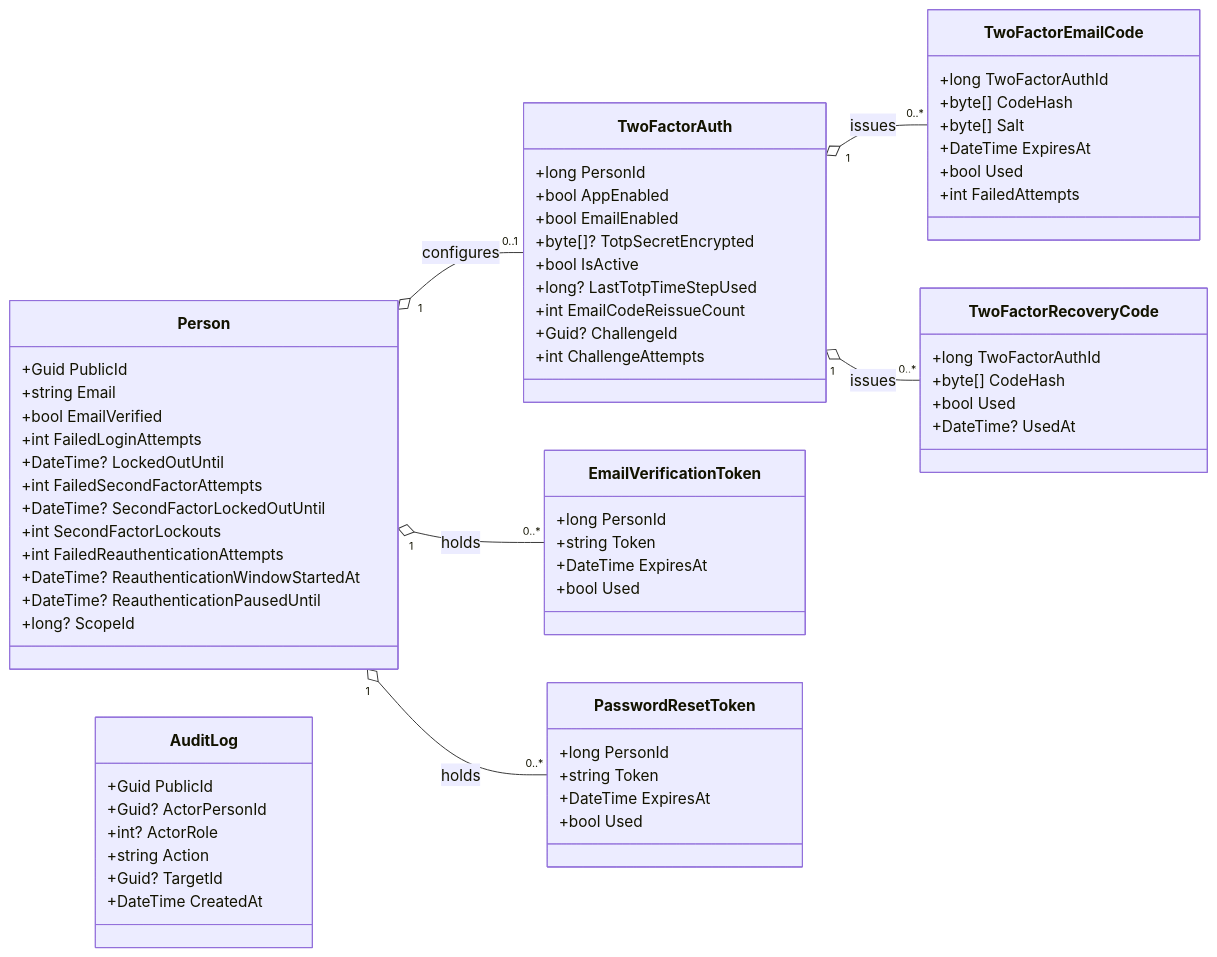
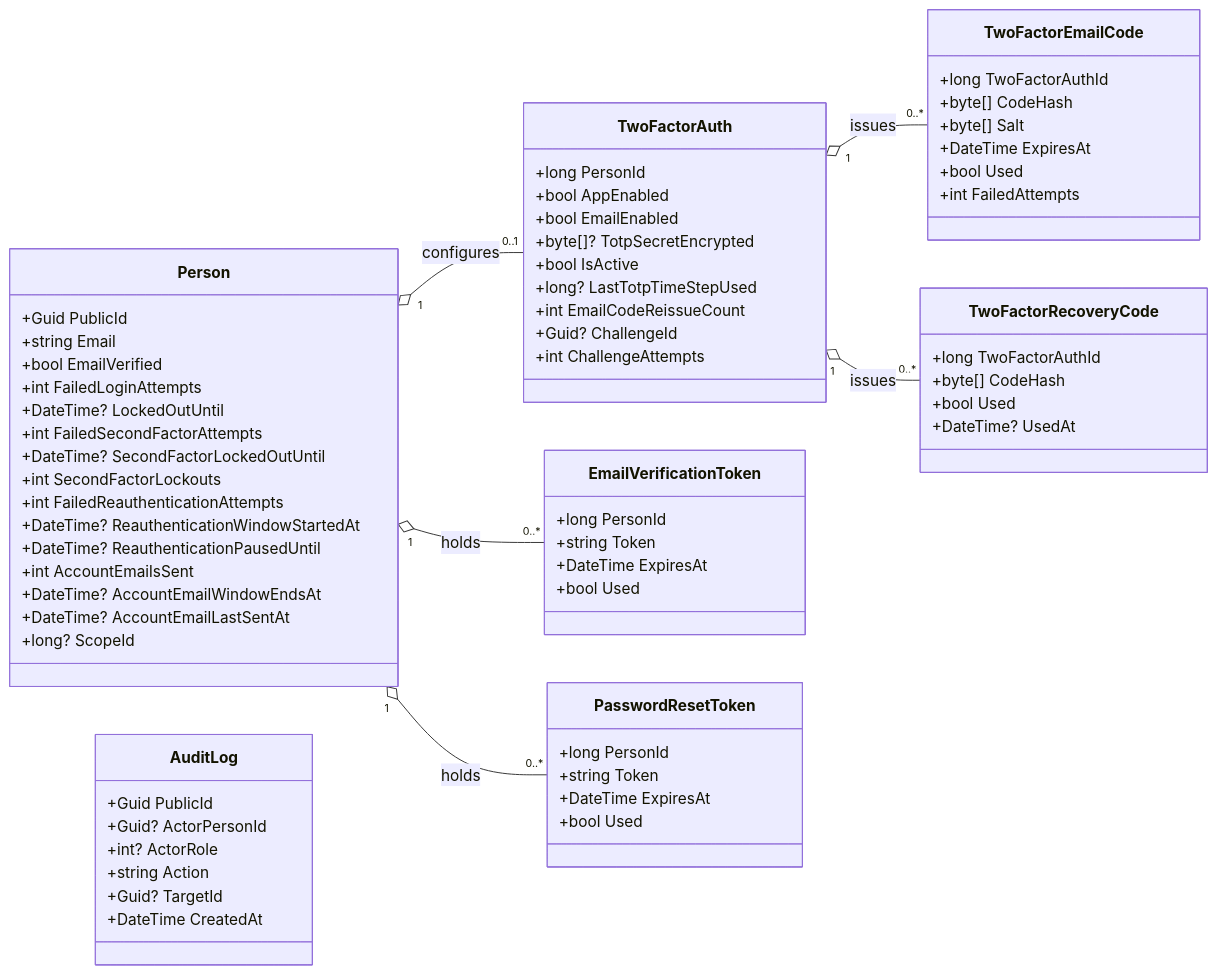
Before and after one commit to artur-rios/heimdall-api: the second of 4 diagrams in docs/content/en/docs/domain-model.md, drawn with Mermaid. The commit also changed 13 other files, not shown here.

First line of the commit message:
docs: describe the account email budget

````diff
--- a/docs/content/en/docs/domain-model.md
+++ b/docs/content/en/docs/domain-model.md
@@ -93,70 +93,73 @@
 ```mermaid
 classDiagram
     direction LR
 
     class Person {
         +Guid PublicId
         +string Email
         +bool EmailVerified
         +int FailedLoginAttempts
         +DateTime? LockedOutUntil
         +int FailedSecondFactorAttempts
         +DateTime? SecondFactorLockedOutUntil
         +int SecondFactorLockouts
         +int FailedReauthenticationAttempts
         +DateTime? ReauthenticationWindowStartedAt
         +DateTime? ReauthenticationPausedUntil
+        +int AccountEmailsSent
+        +DateTime? AccountEmailWindowEndsAt
+        +DateTime? AccountEmailLastSentAt
         +long? ScopeId
     }
     class TwoFactorAuth {
         +long PersonId
         +bool AppEnabled
         +bool EmailEnabled
         +byte[]? TotpSecretEncrypted
         +bool IsActive
         +long? LastTotpTimeStepUsed
         +int EmailCodeReissueCount
         +Guid? ChallengeId
         +int ChallengeAttempts
     }
     class TwoFactorEmailCode {
         +long TwoFactorAuthId
         +byte[] CodeHash
         +byte[] Salt
         +DateTime ExpiresAt
         +bool Used
         +int FailedAttempts
     }
     class TwoFactorRecoveryCode {
         +long TwoFactorAuthId
         +byte[] CodeHash
         +bool Used
         +DateTime? UsedAt
     }
     class EmailVerificationToken {
         +long PersonId
         +string Token
         +DateTime ExpiresAt
         +bool Used
     }
     class PasswordResetToken {
         +long PersonId
         +string Token
         +DateTime ExpiresAt
         +bool Used
     }
     class AuditLog {
         +Guid PublicId
         +Guid? ActorPersonId
         +int? ActorRole
         +string Action
         +Guid? TargetId
         +DateTime CreatedAt
     }
 
     Person "1" o-- "0..1" TwoFactorAuth : configures
     TwoFactorAuth "1" o-- "0..*" TwoFactorEmailCode : issues
     TwoFactorAuth "1" o-- "0..*" TwoFactorRecoveryCode : issues
     Person "1" o-- "0..*" EmailVerificationToken : holds
     Person "1" o-- "0..*" PasswordResetToken : holds
 ```
````
